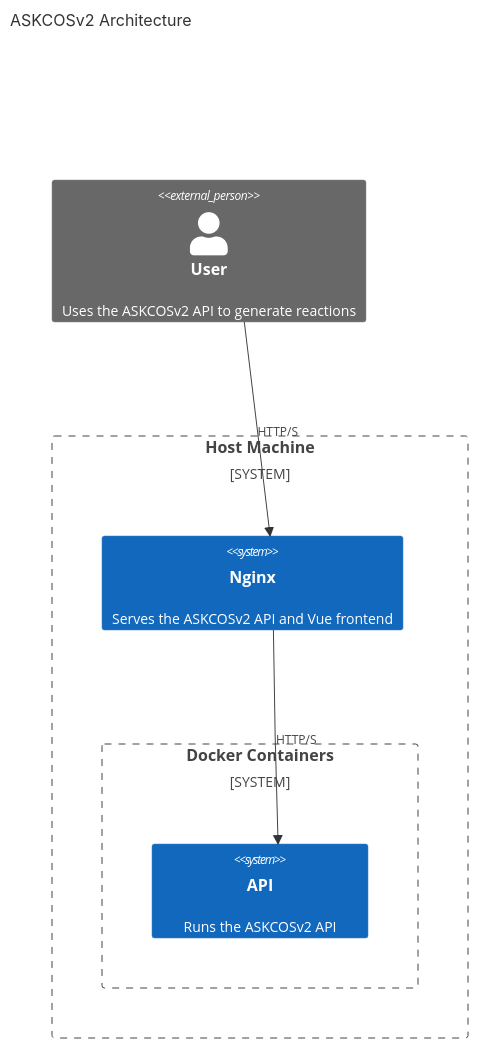
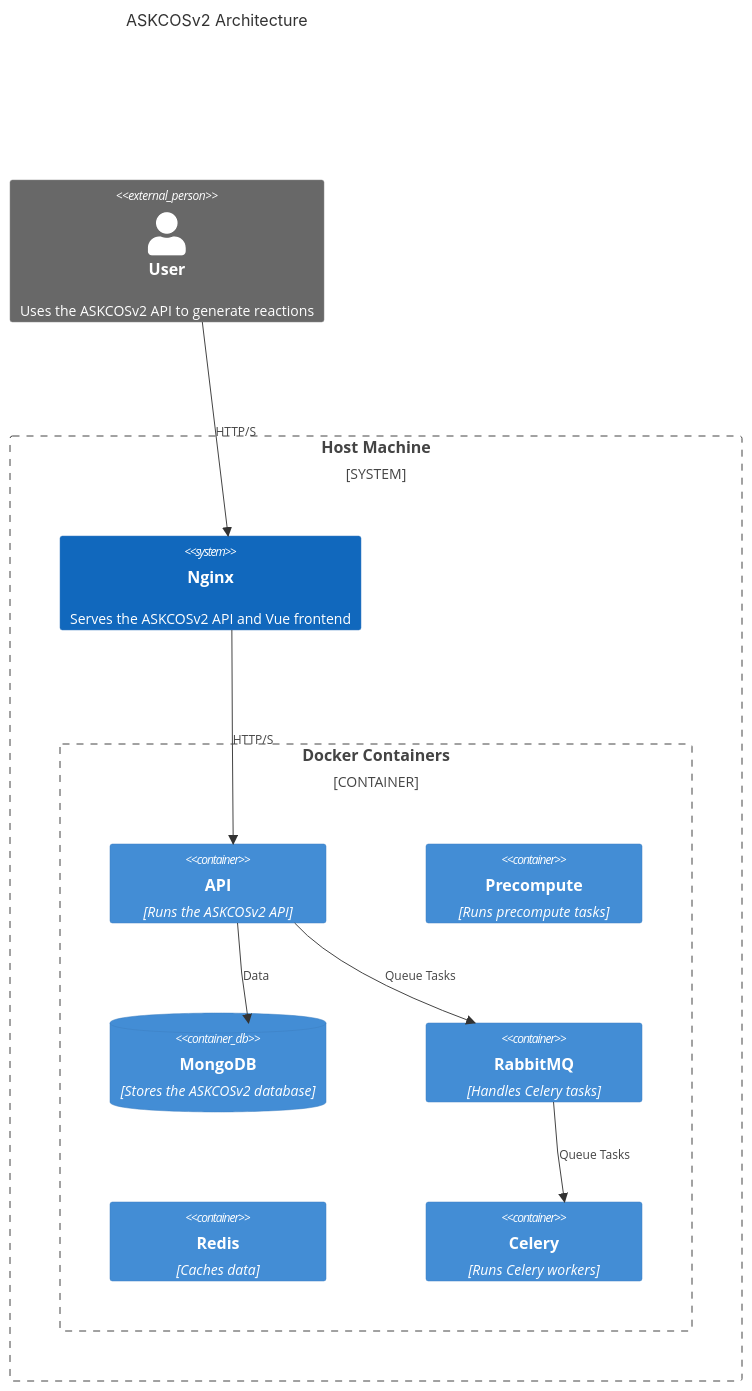
Before and after one commit to SethCurry/askcos2_core: the diagram in docs/architecture.md, drawn with Mermaid.

Commit message:
Adding relationships to architecture diagram

````diff
--- a/docs/architecture.md
+++ b/docs/architecture.md
@@ -3,17 +3,26 @@
 ```mermaid
 C4Context
 
 title ASKCOSv2 Architecture
 
 Person_Ext(user, "User", "Uses the ASKCOSv2 API to generate reactions")
 
 System_Boundary(host, "Host Machine") {
     System(nginx, "Nginx", "Serves the ASKCOSv2 API and Vue frontend")
-    System_Boundary(docker, "Docker Containers") {
-        System(api, "API", "Runs the ASKCOSv2 API")
+
+    Container_Boundary(docker, "Docker Containers") {
+        Container(api, "API", "Runs the ASKCOSv2 API")
+        Container(precompute, "Precompute", "Runs precompute tasks")
+        ContainerDb(mongo, "MongoDB", "Stores the ASKCOSv2 database")
+        Container(rabbitmq, "RabbitMQ", "Handles Celery tasks")
+        Container(redis, "Redis", "Caches data")
+        Container(celery, "Celery", "Runs Celery workers")
     }
 }
 
 Rel(user, nginx, "HTTP/S")
 Rel(nginx, api, "HTTP/S")
+Rel(api, mongo, "Data")
+Rel(api, rabbitmq, "Queue Tasks")
+Rel(rabbitmq, celery, "Queue Tasks")
 ```
````
